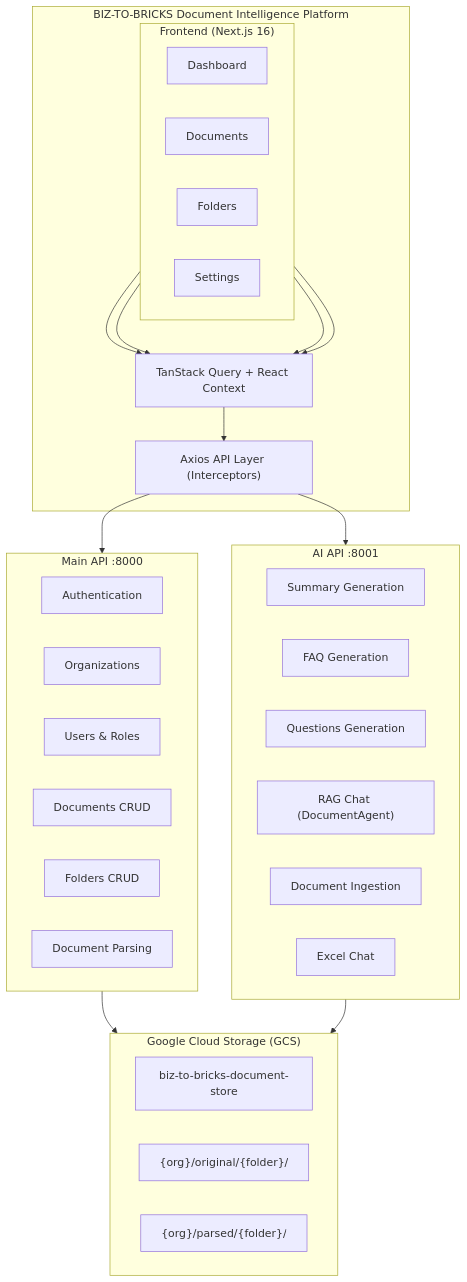
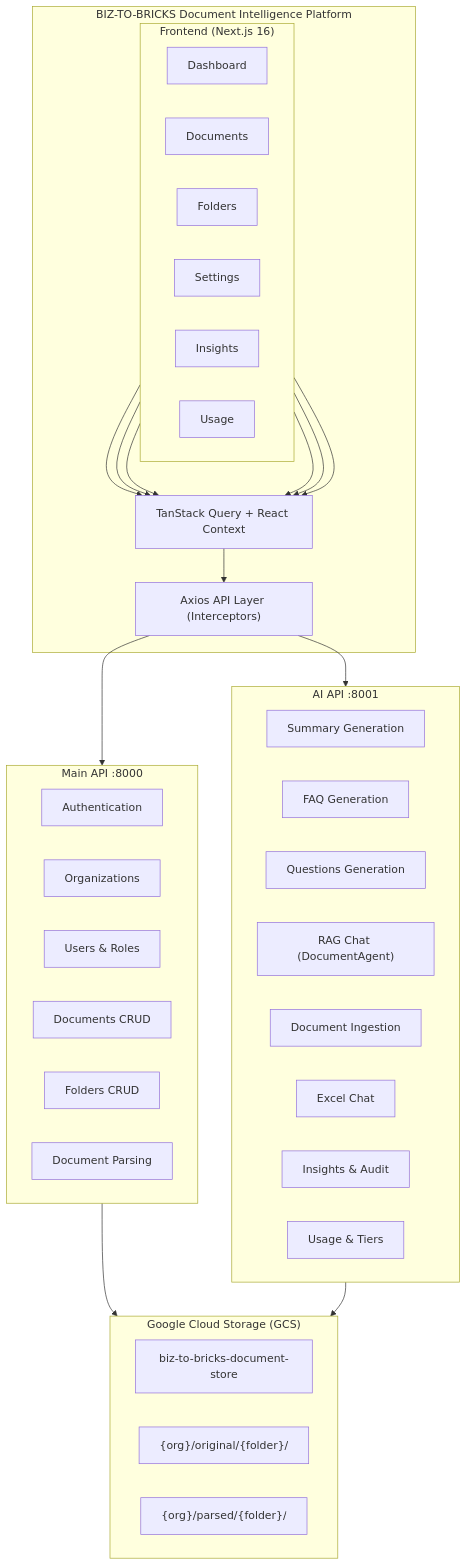
Before and after one commit to cwijay/doc_intelligence_fe_v2: the first of 3 diagrams in README.md, drawn with Mermaid. The commit also changed other lines of this file and 81 other files, not shown here.

First line of the commit message:
Add insights dashboard, usage tracking, and refactor components

````diff
--- a/README.md
+++ b/README.md
@@ -87,47 +109,51 @@
 ```mermaid
 flowchart TD
     subgraph Title["BIZ-TO-BRICKS Document Intelligence Platform"]
         subgraph Frontend["Frontend (Next.js 16)"]
             direction LR
             Dashboard
             Documents
             Folders
             Settings
+            Insights
+            Usage
         end
 
         StateLayer["TanStack Query + React Context"]
         APILayer["Axios API Layer (Interceptors)"]
 
-        Dashboard & Documents & Folders & Settings --> StateLayer
+        Dashboard & Documents & Folders & Settings & Insights & Usage --> StateLayer
         StateLayer --> APILayer
     end
 
     subgraph MainAPI["Main API :8000"]
         Auth["Authentication"]
         Orgs["Organizations"]
         Users["Users & Roles"]
         DocsCRUD["Documents CRUD"]
         FoldersCRUD["Folders CRUD"]
         Parsing["Document Parsing"]
     end
 
     subgraph AIAPI["AI API :8001"]
         Summary["Summary Generation"]
         FAQ["FAQ Generation"]
         Questions["Questions Generation"]
         RAG["RAG Chat (DocumentAgent)"]
         Ingestion["Document Ingestion"]
         Excel["Excel Chat"]
+        Audit["Insights & Audit"]
+        UsageAPI["Usage & Tiers"]
     end
 
     subgraph GCS["Google Cloud Storage (GCS)"]
         Bucket["biz-to-bricks-document-store"]
         Original["{org}/original/{folder}/"]
         Parsed["{org}/parsed/{folder}/"]
     end
 
     APILayer --> MainAPI
     APILayer --> AIAPI
     MainAPI --> GCS
     AIAPI --> GCS
 ```
````
